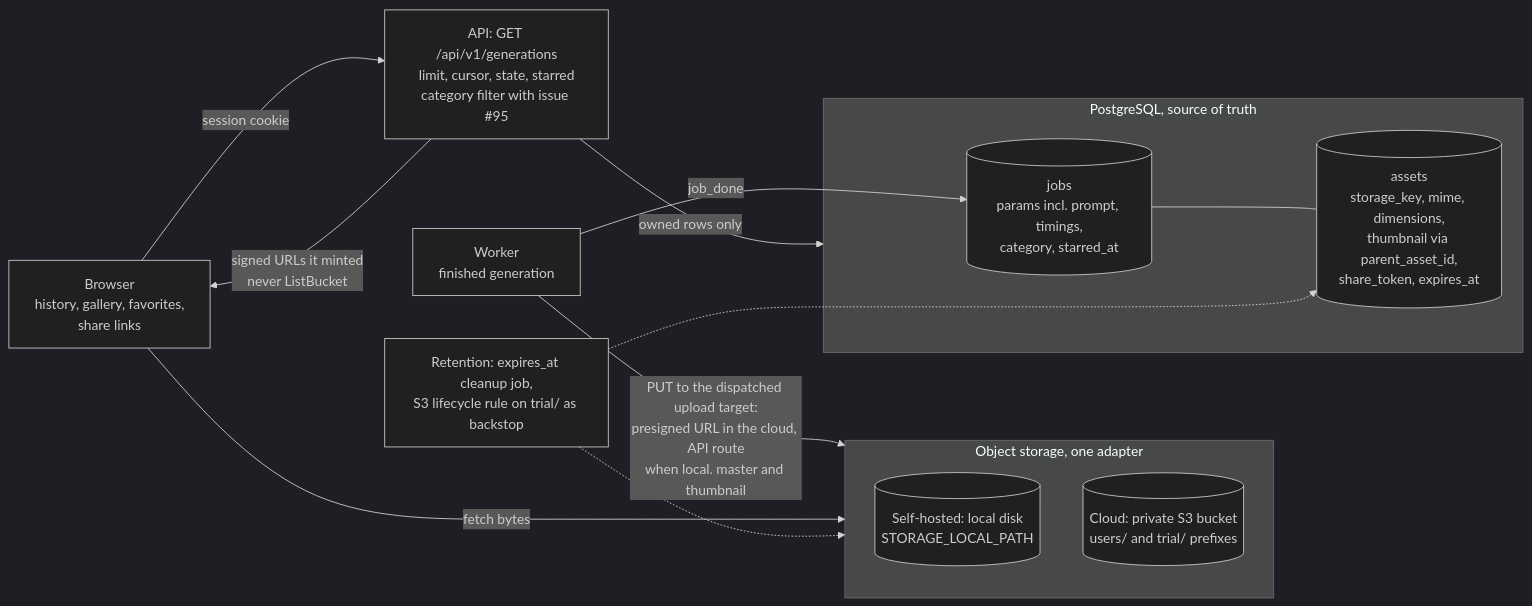
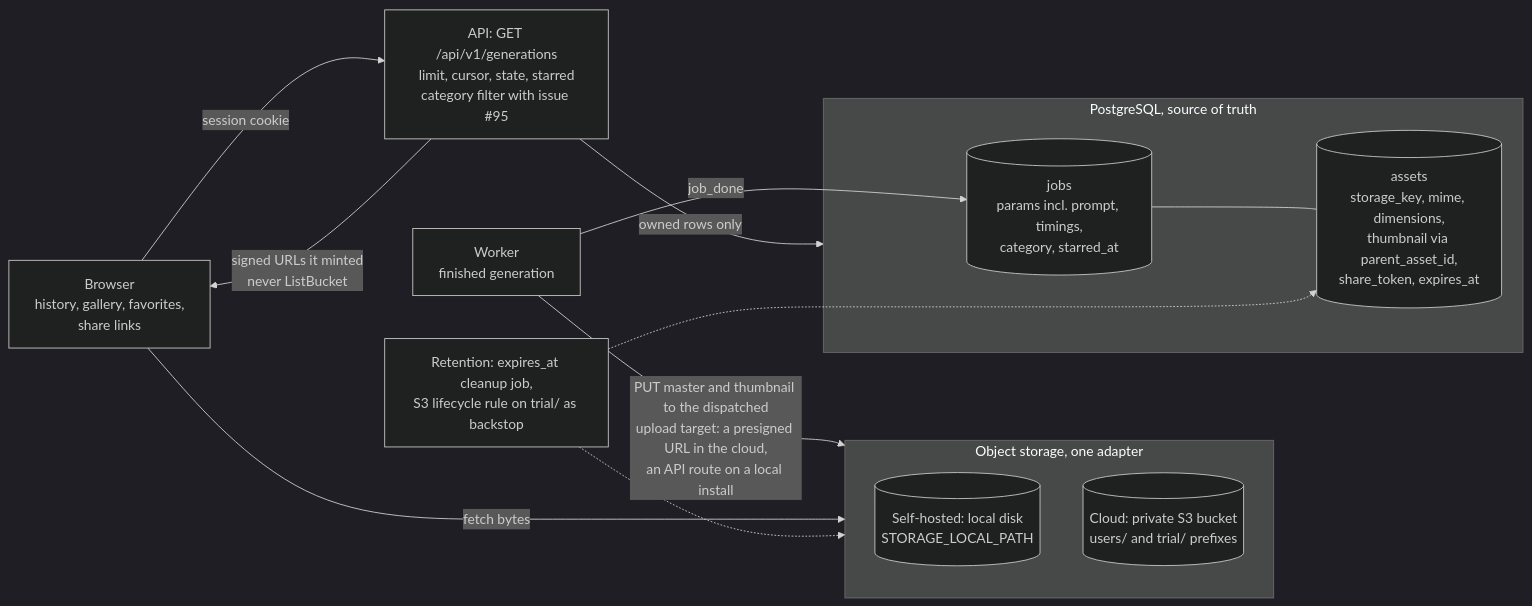
Diagram 14 of 15 in docs/architecture.md (Portocolom-Studio/potocolom), drawn with Mermaid (dark theme) before and after one commit. The commit also changed other lines of this file, not shown here.

Commit message:
Separate the no-accounts case from the no-Redis case in the note
Review of #127. The note read as though AUTH_MODE=none also falls back to
reading a session row, which is the opposite of what the paragraph above
says: in that mode there is no session to read. The two cases are now
stated apart, and the upload label is a sentence rather than a fragment.

````diff
--- a/docs/architecture.md
+++ b/docs/architecture.md
@@ -507,24 +507,24 @@
 ```mermaid
 flowchart LR
     W["Worker<br>finished generation"]
     subgraph STORE["Object storage, one adapter"]
         LD[("Self-hosted: local disk<br>STORAGE_LOCAL_PATH")]
         S3[("Cloud: private S3 bucket<br>users/ and trial/ prefixes")]
     end
     subgraph PG["PostgreSQL, source of truth"]
         J[("jobs<br>params incl. prompt, timings,<br>category, starred_at")]
         AS[("assets<br>storage_key, mime, dimensions,<br>thumbnail via parent_asset_id,<br>share_token, expires_at")]
     end
     B["Browser<br>history, gallery, favorites,<br>share links"]
     API["API: GET /api/v1/generations<br>limit, cursor, state, starred<br>category filter with issue #95"]
     CLEAN["Retention: expires_at cleanup job,<br>S3 lifecycle rule on trial/ as backstop"]
-    W -->|"PUT to the dispatched upload target:<br>presigned URL in the cloud, API route<br>when local. master and thumbnail"| STORE
+    W -->|"PUT master and thumbnail to the dispatched<br>upload target: a presigned URL in the cloud,<br>an API route on a local install"| STORE
     W -->|"job_done"| J
     J --- AS
     B -->|"session cookie"| API
     API -->|"owned rows only"| PG
     API -->|"signed URLs it minted<br>never ListBucket"| B
     B -->|"fetch bytes"| STORE
     CLEAN -.-> AS
     CLEAN -.-> STORE
 ```
````
